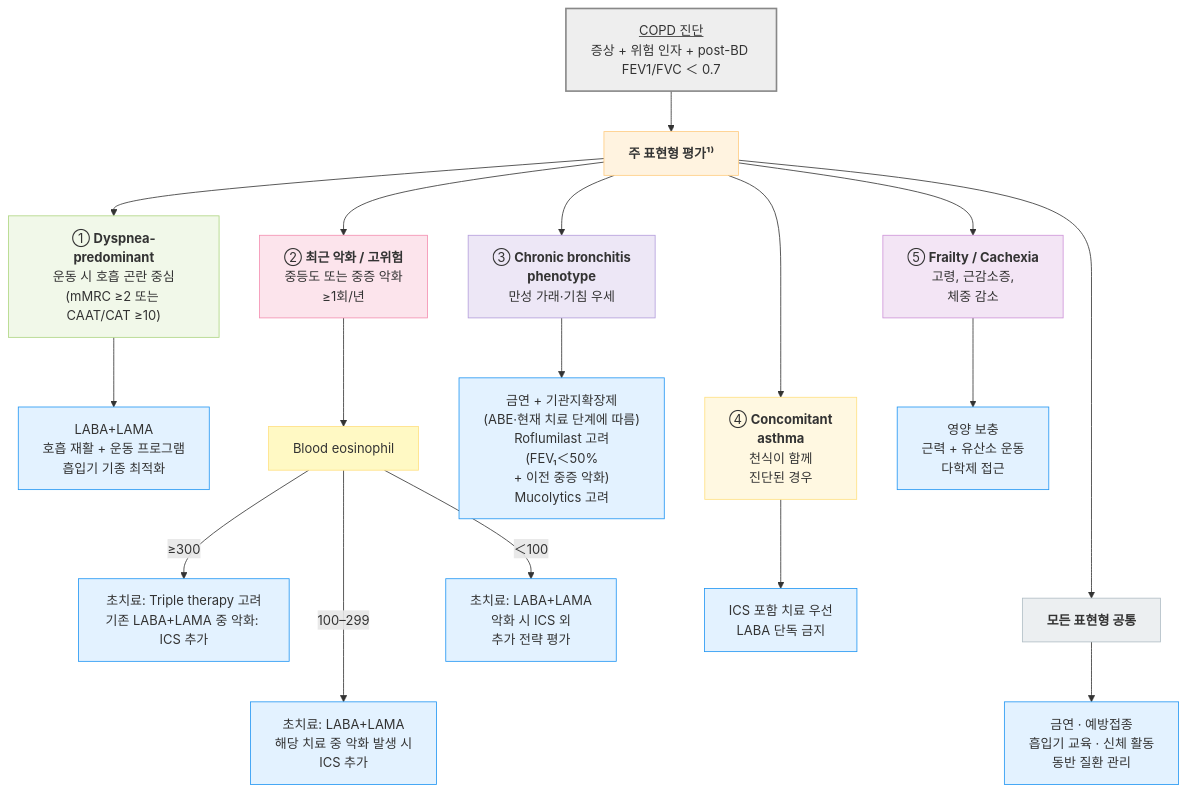
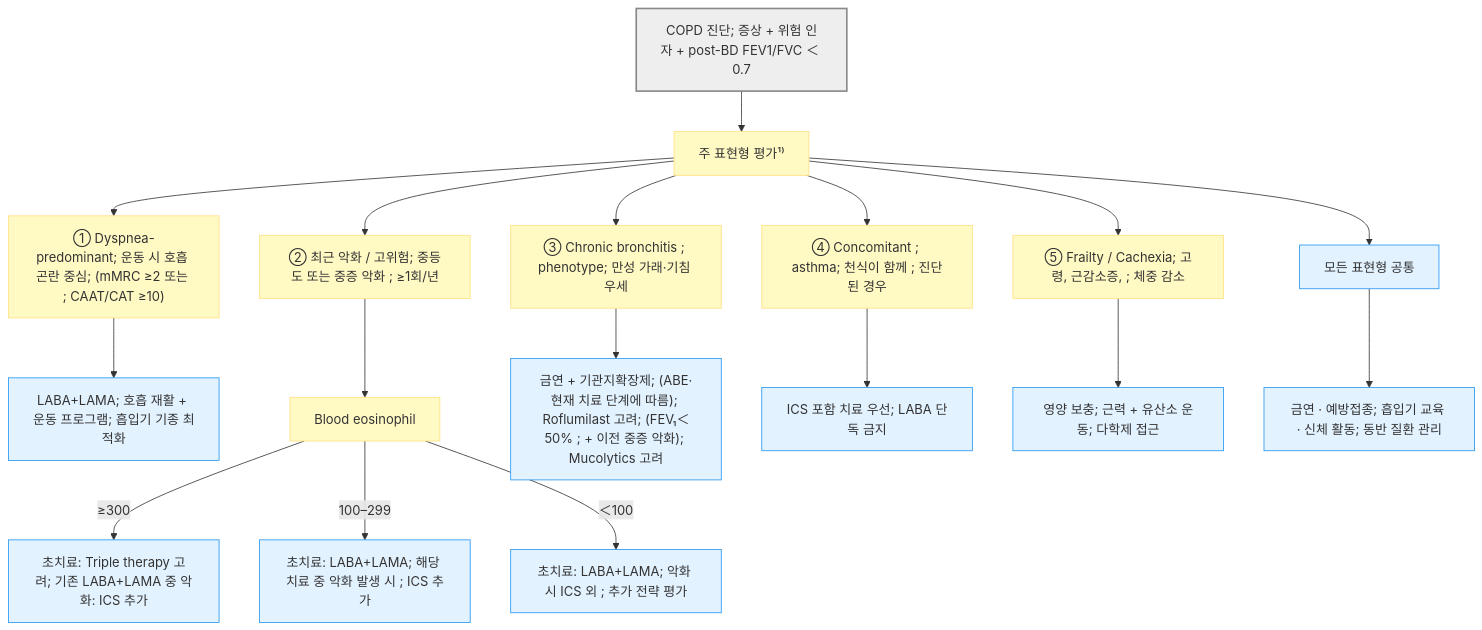
Before and after one commit to familyoh77/familyoh77: the second of 3 diagrams in 223_/072_-copd.md, drawn with Mermaid. The commit also changed other lines of this file and 2 other files, not shown here.

````diff
--- a/223_/072_-copd.md
+++ b/223_/072_-copd.md
@@ -507,31 +503,27 @@
 ```mermaid
 flowchart TD
-    A["<u>COPD 진단</u><br/>증상 + 위험 인자 + post-BD FEV1/FVC ＜ 0.7"]
-    A --> B["<b>주 표현형 평가¹⁾</b>"]
-    B --> C1["① <b>Dyspnea-predominant</b><br/>운동 시 호흡 곤란 중심<br/>(mMRC ≥2 또는 <br/>CAAT/CAT ≥10)"]
-    C1 --> D1["LABA+LAMA<br/>호흡 재활 + 운동 프로그램<br/>흡입기 기종 최적화"]
-    B --> C2["② <b>최근 악화 / 고위험</b><br/>중등도 또는 중증 악화 <br/>≥1회/년"]
+    A["`COPD 진단; 증상 + 위험 인자 + post-BD FEV1/FVC ＜ 0.7`"]
+    A --> B["주 표현형 평가¹⁾"]
+    B --> C1["`① Dyspnea-predominant; 운동 시 호흡 곤란 중심; (mMRC ≥2 또는 ; CAAT/CAT ≥10)`"]
+    C1 --> D1["`LABA+LAMA; 호흡 재활 + 운동 프로그램; 흡입기 기종 최적화`"]
+    B --> C2["`② 최근 악화 / 고위험; 중등도 또는 중증 악화 ; ≥1회/년`"]
     C2 --> E2["Blood eosinophil"]
-    E2 -->|"≥300"| F2["초치료: Triple therapy 고려<br/>기존 LABA+LAMA 중 악화: ICS 추가"]
-    E2 --->|"100–299"| G2["초치료: LABA+LAMA<br/>해당 치료 중 악화 발생 시 <br/>ICS 추가"]
-    E2 -->|"＜100"| H2["초치료: LABA+LAMA<br/>악화 시 ICS 외 <br/>추가 전략 평가"]
-    B --> C3["③ <b>Chronic bronchitis <br/>phenotype</b><br/>만성 가래·기침 우세"]
-    C3 --> D3["금연 + 기관지확장제<br/>(ABE·현재 치료 단계에 따름)<br/>Roflumilast 고려<br/>(FEV₁＜50% <br/>+ 이전 중증 악화)<br/>Mucolytics 고려"]
-    B ---> C4["④ <b>Concomitant <br/>asthma</b><br/>천식이 함께 <br/>진단된 경우"]
-    C4 --> D4["ICS 포함 치료 우선<br/>LABA 단독 금지"]
-    B --> C5["⑤ <b>Frailty / Cachexia</b><br/>고령, 근감소증, <br/>체중 감소"]
-    C5 --> D5["영양 보충<br/>근력 + 유산소 운동<br/>다학제 접근"]
-    B ----> Z["<b>모든 표현형 공통</b>"]
-    Z --> Z1["금연 · 예방접종<br/>흡입기 교육 · 신체 활동<br/>동반 질환 관리"]
-   classDef sky fill:#e3f2ff,stroke:#2196f3
-   class D1,F2,D3,D4,D5,G2,H2,Z1 sky
-style A fill:#eeeeee,stroke:#888888,stroke-width:2px
-    style B fill:#fff3e0,stroke:#ffcc80
-    style C1 fill:#f1f8e9,stroke:#aed581
-    style C2 fill:#fce4ec,stroke:#f48fb1
-    style C3 fill:#ede7f6,stroke:#b39ddb
-    style C4 fill:#fff8e1,stroke:#ffe082
-    style C5 fill:#f3e5f5,stroke:#ce93d8
-    style E2 fill:#fff9c4,stroke:#ffe082
-    style Z fill:#eceff1,stroke:#b0bec5
+    E2 -- "≥300" --> F2["`초치료: Triple therapy 고려; 기존 LABA+LAMA 중 악화: ICS 추가`"]
+    E2 -- "100–299" --> G2["`초치료: LABA+LAMA; 해당 치료 중 악화 발생 시 ; ICS 추가`"]
+    E2 -- "＜100" --> H2["`초치료: LABA+LAMA; 악화 시 ICS 외 ; 추가 전략 평가`"]
+    B --> C3["`③ Chronic bronchitis ; phenotype; 만성 가래·기침 우세`"]
+    C3 --> D3["`금연 + 기관지확장제; (ABE·현재 치료 단계에 따름); Roflumilast 고려; (FEV₁＜50% ; + 이전 중증 악화); Mucolytics 고려`"]
+    B --> C4["`④ Concomitant ; asthma; 천식이 함께 ; 진단된 경우`"]
+    C4 --> D4["`ICS 포함 치료 우선; LABA 단독 금지`"]
+    B --> C5["`⑤ Frailty / Cachexia; 고령, 근감소증, ; 체중 감소`"]
+    C5 --> D5["`영양 보충; 근력 + 유산소 운동; 다학제 접근`"]
+    B --> Z["모든 표현형 공통"]
+    Z --> Z1["`금연 · 예방접종; 흡입기 교육 · 신체 활동; 동반 질환 관리`"]
+    classDef start fill:#eee,stroke:#888,stroke-width:2px
+    classDef decision fill:#fff9c4,stroke:#ffe082
+    classDef emergency fill:#ffcdd2,stroke:#c62828,stroke-width:2px
+    classDef action fill:#e3f2ff,stroke:#2196f3
+    class A start
+    class B,C1,C2,C3,C4,C5,E2 decision
+    class D1,D3,D4,D5,F2,G2,H2,Z,Z1 action
 ```
````
